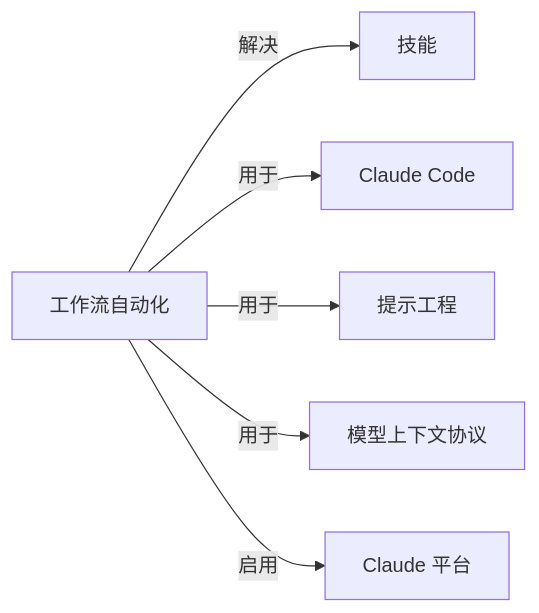
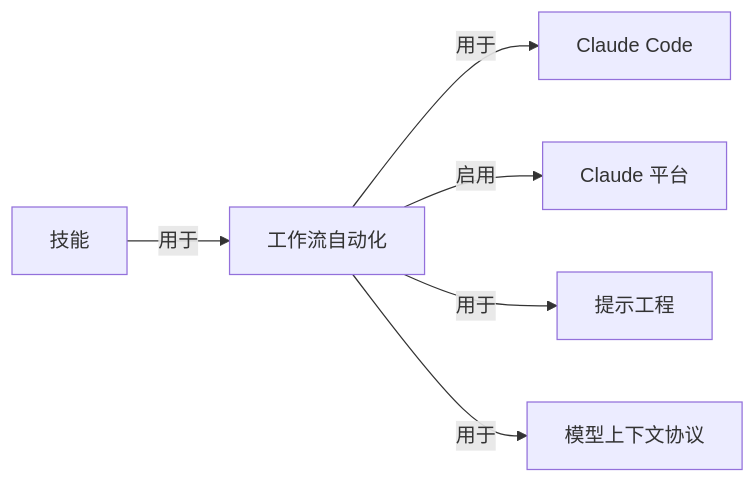
Before and after one commit to yibie/claude-best-practices-zh: the diagram in wiki/工作流自动化.md, drawn with Mermaid. The commit also changed other lines of this file and 407 other files, not shown here.

Commit message:
feat: DeepSeek 三遍审校（译文/关系/图谱）+ 可部署静态站点

````diff
--- a/wiki/工作流自动化.md
+++ b/wiki/工作流自动化.md
@@ -47,9 +48,9 @@
 ```mermaid
 graph LR
   C["工作流自动化"]
-  C -->|解决| N0["技能"]
+  N0["技能"] -->|用于| C
   C -->|用于| N1["Claude Code"]
-  C -->|用于| N2["提示工程"]
-  C -->|用于| N3["模型上下文协议"]
-  C -->|启用| N4["Claude 平台"]
+  C -->|启用| N2["Claude 平台"]
+  C -->|用于| N3["提示工程"]
+  C -->|用于| N4["模型上下文协议"]
 ```
````
